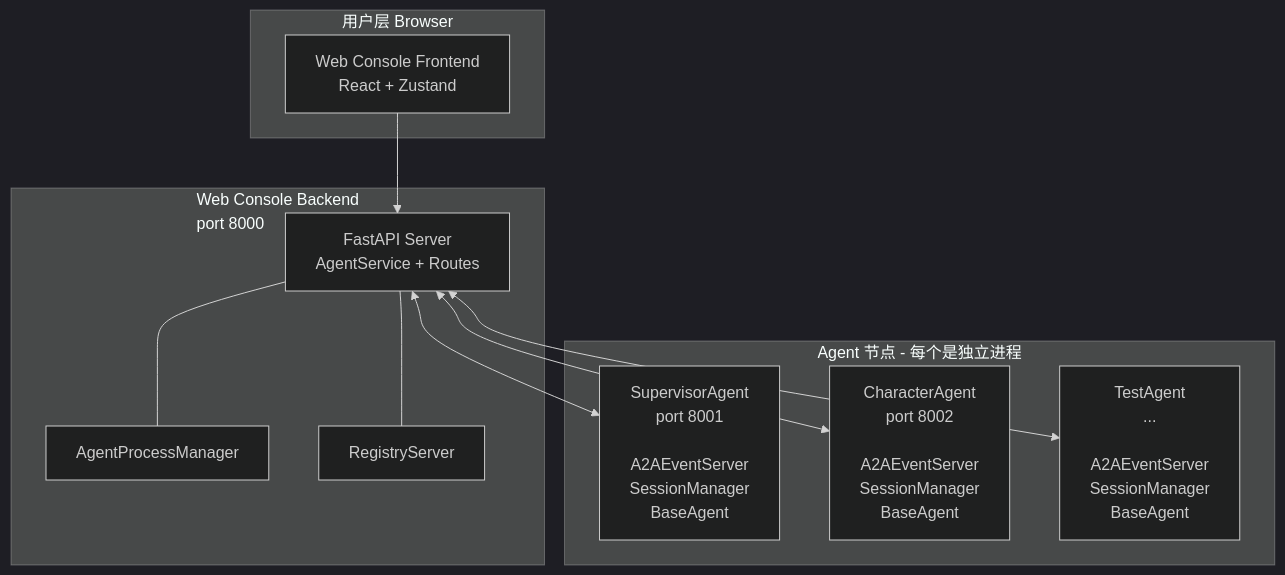
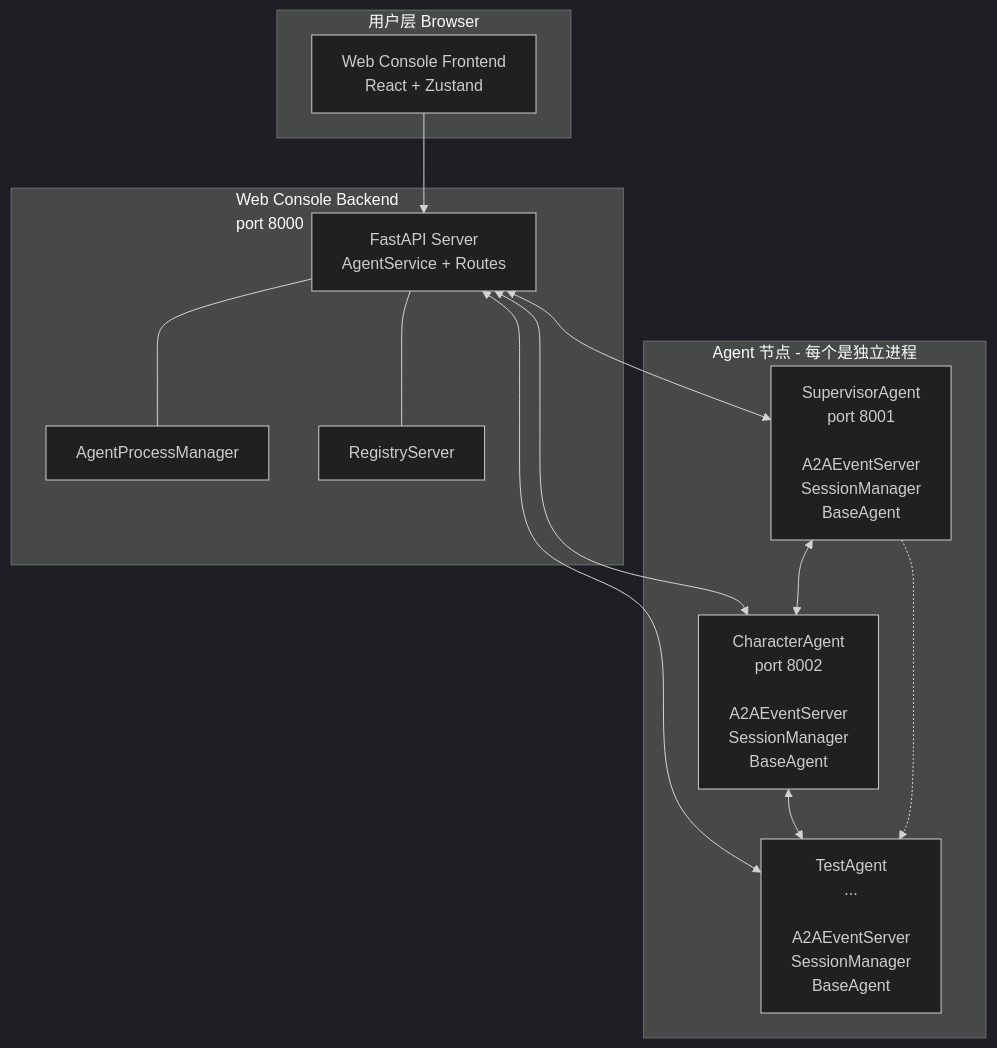
One commit to ReturnTR/NovelAgent changed the diagram in README.md. Above: the diagram before and after it, drawn with Mermaid (dark theme).

````diff
--- a/README.md
+++ b/README.md
@@ -11,25 +11,29 @@
 ```mermaid
 graph TB
     subgraph Browser[用户层 Browser]
         FE[Web Console Frontend<br/>React + Zustand]
     end
 
     subgraph WebConsole[Web Console Backend<br/>port 8000]
         WC[FastAPI Server<br/>AgentService + Routes]
         PM[AgentProcessManager]
         RS[RegistryServer]
     end
 
     subgraph Agents[Agent 节点 - 每个是独立进程]
         SA1[SupervisorAgent<br/>port 8001<br/><br/>A2AEventServer<br/>SessionManager<br/>BaseAgent]
         SA2[CharacterAgent<br/>port 8002<br/><br/>A2AEventServer<br/>SessionManager<br/>BaseAgent]
         SA3[TestAgent<br/>...<br/><br/>A2AEventServer<br/>SessionManager<br/>BaseAgent]
     end
 
     FE --> WC
     WC <--> SA1
     WC <--> SA2
     WC <--> SA3
     WC --- PM
     WC --- RS
+
+    SA1 <--> SA2
+    SA2 <--> SA3
+    SA1 -.-> SA3
 ```
````
